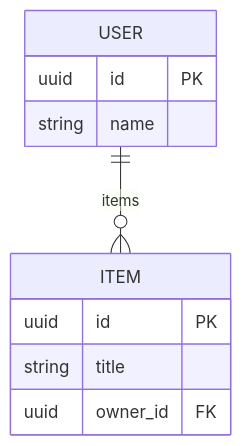
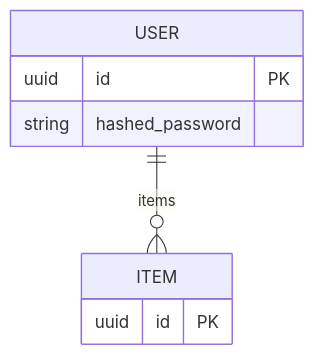
The diagram in docs/database/erd.mmd (murphycrew/full-stack-fastapi-template), drawn with Mermaid before and after one commit. The commit also changed 40 other files, not shown here.

```diff
--- a/docs/database/erd.mmd
+++ b/docs/database/erd.mmd
@@ -1,23 +1,21 @@
 %% Database ERD Diagram
-%% Generated: 2025-10-04T21:53:43.171142
+%% Generated: 2024-01-01T00:00:00.000000
 %% Version: Unknown
 %% Entities: 2
 %% Relationships: 1
 %% Status: invalid
 
 %% This diagram is automatically generated from SQLModel definitions
 
 erDiagram
 
 USER {
     uuid id PK
-    string name
+    string hashed_password
 }
 
 ITEM {
     uuid id PK
-    string title
-    uuid owner_id FK
 }
 
 USER ||--o{ ITEM : items
```
